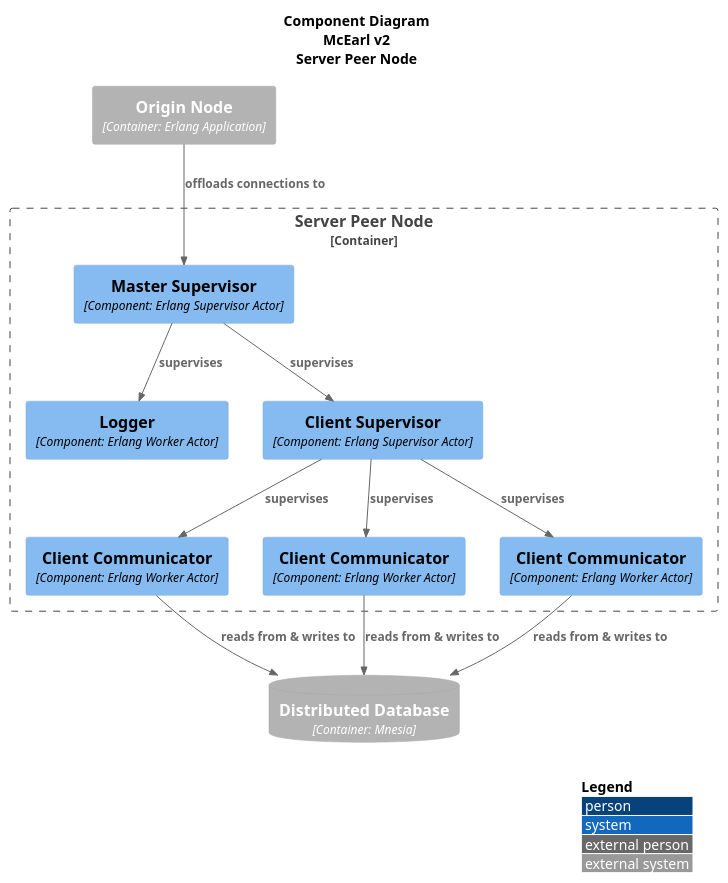
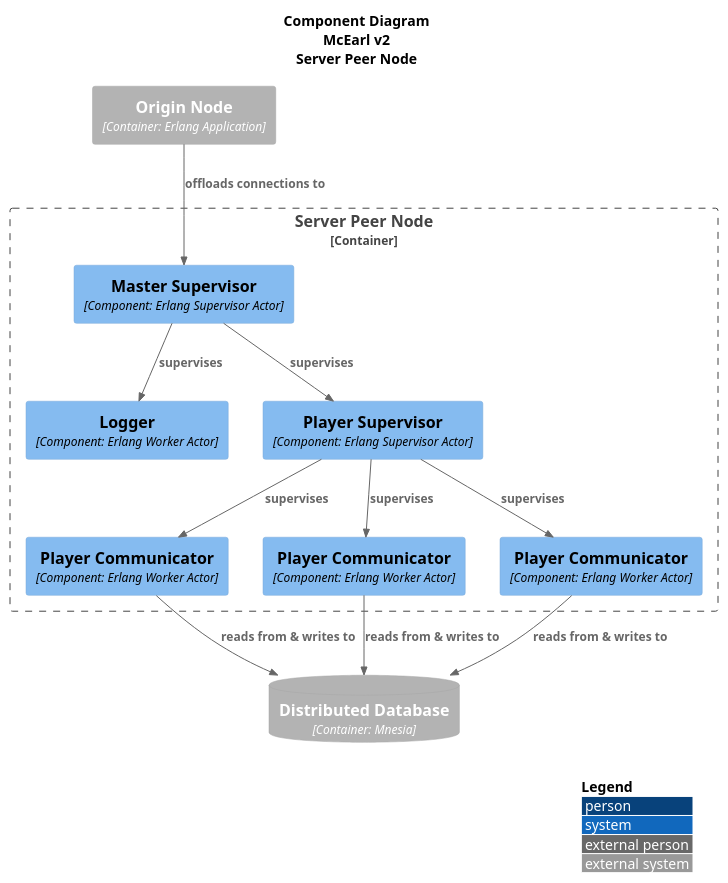
The diagram in doc/diagrams/c3-server-v2.puml (OT7EtoYoshimura/mcearl), drawn with PlantUML before and after one commit. The commit also changed 4 other files, not shown here.

Commit message:
Update C4 diagrams and add sequence diagram

```diff
--- a/doc/diagrams/c3-server-v2.puml
+++ b/doc/diagrams/c3-server-v2.puml
@@ -1,33 +1,33 @@
 @startuml c3-server-v2
 
 !include https://raw.githubusercontent.com/plantuml-stdlib/C4-PlantUML/master/C4_Container.puml
 !include https://raw.githubusercontent.com/plantuml-stdlib/C4-PlantUML/master/C4_Component.puml
 !include https://raw.githubusercontent.com/plantuml-stdlib/C4-PlantUML/master/C4_Context.puml
 
 title Component Diagram\nMcEarl v2\nServer Peer Node
 AddRelTag("dashed", $lineStyle = DashedLine())
 
 Container_Boundary(boundary, "Server Peer Node") {
-	Component(masterSup, "Master Supervisor", "Component: Erlang Supervisor Actor")
+	Component(mcearl_sup, "Master Supervisor", "Component: Erlang Supervisor Actor")
 	Component(logger, "Logger", "Component: Erlang Worker Actor")
-	Component(clientSup, "Client Supervisor", "Component: Erlang Supervisor Actor")
-	Component(client1Comp, "Client Communicator", "Component: Erlang Worker Actor")
-	Component(client2Comp, "Client Communicator", "Component: Erlang Worker Actor")
-	Component(client3Comp, "Client Communicator", "Component: Erlang Worker Actor")
+	Component(player_sup, "Player Supervisor", "Component: Erlang Supervisor Actor")
+	Component(client1Comp, "Player Communicator", "Component: Erlang Worker Actor")
+	Component(client2Comp, "Player Communicator", "Component: Erlang Worker Actor")
+	Component(client3Comp, "Player Communicator", "Component: Erlang Worker Actor")
 }
 
 Container_Ext(origin, "Origin Node", "Container: Erlang Application")
 ContainerDb_Ext(db, "Distributed Database", "Container: Mnesia")
 
-Rel(origin, masterSup, "offloads connections to")
-Rel(masterSup, logger, "supervises")
-Rel(masterSup, clientSup, "supervises")
-Rel(clientSup, client1Comp, "supervises")
-Rel(clientSup, client2Comp, "supervises")
-Rel(clientSup, client3Comp, "supervises")
+Rel(origin, mcearl_sup, "offloads connections to")
+Rel(mcearl_sup, logger, "supervises")
+Rel(mcearl_sup, player_sup, "supervises")
+Rel(player_sup, client1Comp, "supervises")
+Rel(player_sup, client2Comp, "supervises")
+Rel(player_sup, client3Comp, "supervises")
 Rel(client1Comp, db, "reads from & writes to")
 Rel(client2Comp, db, "reads from & writes to")
 Rel(client3Comp, db, "reads from & writes to")
 
 LAYOUT_WITH_LEGEND()
 @enduml
```
